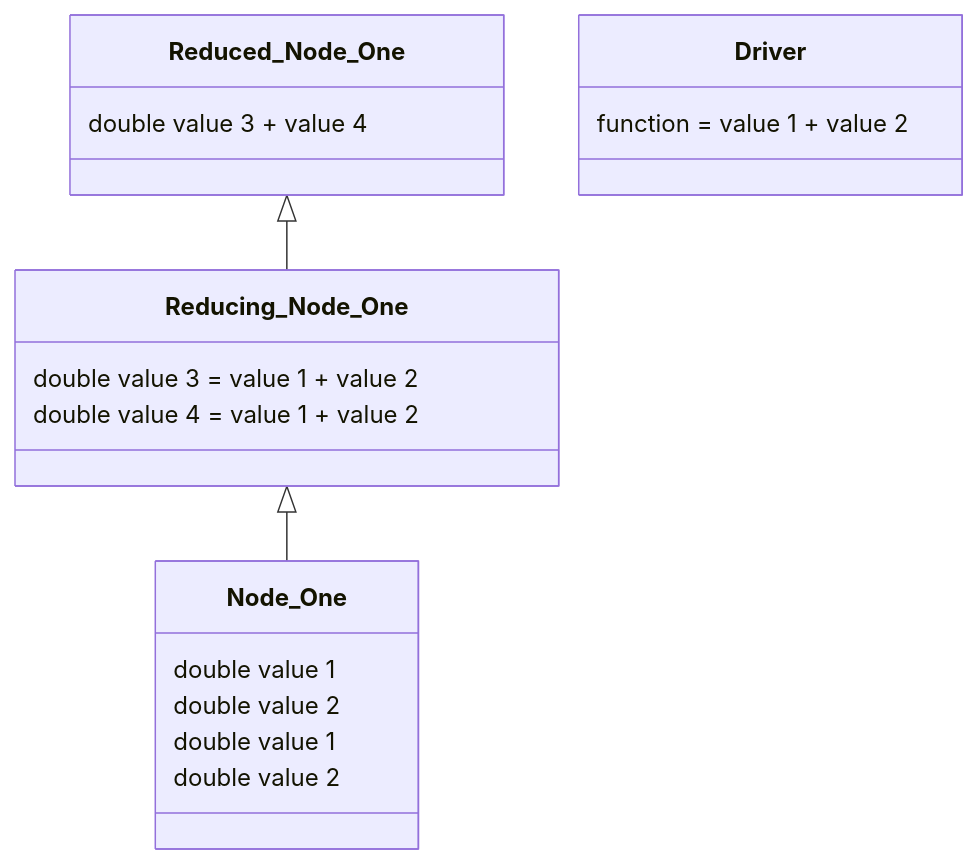
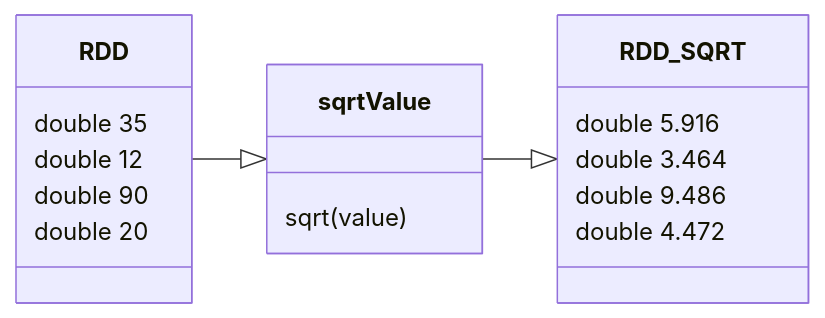
Before and after one commit to LawrenceChanKokWai/Spark_Java: the diagram in README.md, drawn with Mermaid. The commit also changed other lines of this file and 2 other files, not shown here.

````diff
--- a/README.md
+++ b/README.md
@@ -4,21 +6,22 @@
 ```mermaid
 classDiagram
-    Reducing_Node_One <|-- Node_One
-    Reduced_Node_One <|-- Reducing_Node_One
-    class Driver {
-        function = value 1 + value 2
+    direction LR
+    RDD --|> sqrtValue
+    sqrtValue --|> RDD_SQRT
+
+    class RDD {
+        double 35
+        double 12
+        double 90
+        double 20
     }
-    class Node_One {
-        double value 1
-        double value 2
-        double value 1
-        double value 2
+    class sqrtValue {
+        sqrt(value)
     }
-    class Reducing_Node_One {
-        double value 3 = value 1 + value 2
-        double value 4 = value 1 + value 2
-    }
-    class Reduced_Node_One {
-        double value 3 + value 4
+    class RDD_SQRT {
+        double 5.916
+        double 3.464
+        double 9.486
+        double 4.472
     }
 ```
````
